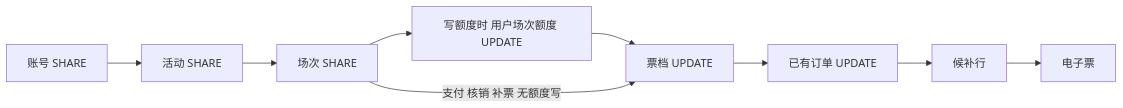
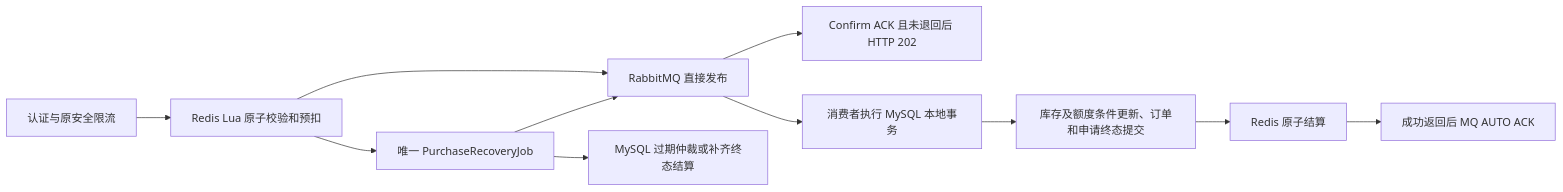
One commit to WGMJJM/ticketing changed the diagram in docs/01-architecture.md. Above: the diagram before and after it, drawn with Mermaid. The commit also changed other lines of this file and 11 other files, not shown here.

````diff
--- a/docs/01-architecture.md
+++ b/docs/01-architecture.md
@@ -99,11 +13,13 @@
 ```mermaid
 flowchart LR
-  U[账号 SHARE] --> A[活动 SHARE]
-  A --> S[场次 SHARE]
-  S --> Q[写额度时 用户场次额度 UPDATE]
-  Q --> K[票档 UPDATE]
-  S -->|支付 核销 补票 无额度写| K
-  K --> O[已有订单 UPDATE]
-  O --> W[候补行]
-  W --> T[电子票]
+    H[认证与原安全限流] --> R[Redis Lua 原子校验和预扣]
+    R --> Q[RabbitMQ 直接发布]
+    Q --> A[Confirm ACK 且未退回后 HTTP 202]
+    Q --> C[消费者执行 MySQL 本地事务]
+    C --> O[库存及额度条件更新、订单和申请终态提交]
+    O --> S[Redis 原子结算]
+    S --> K[成功返回后 MQ AUTO ACK]
+    R --> J[唯一 PurchaseRecoveryJob]
+    J --> Q
+    J --> E[MySQL 过期仲裁或补齐终态结算]
 ```
````
